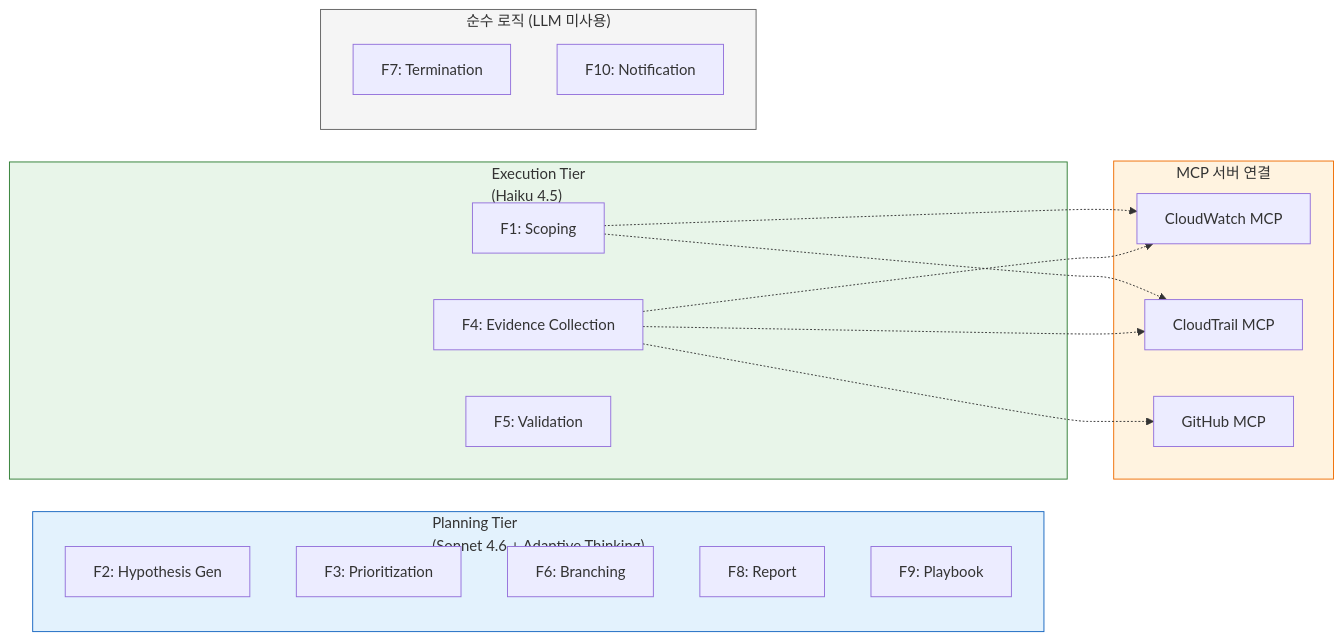
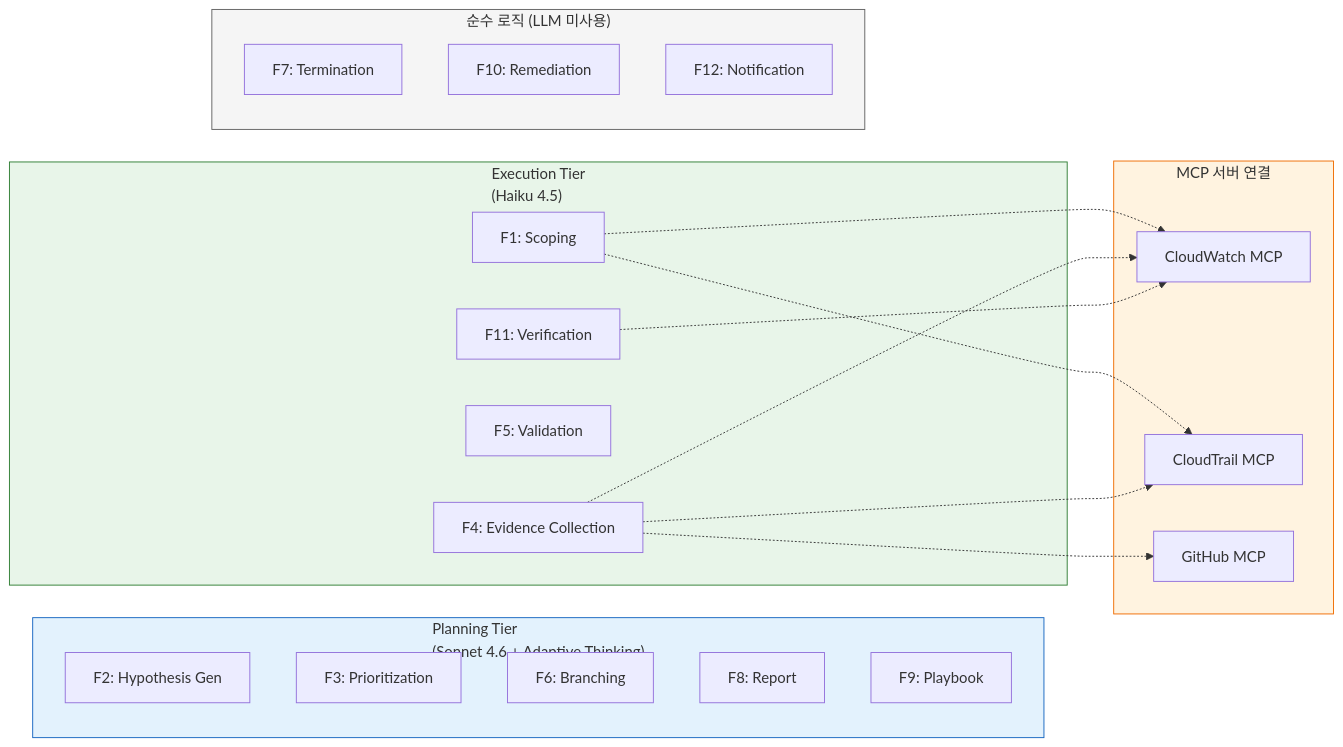
One commit to haandol/rca-agent changed the sixth of 7 diagrams in docs/architecture-and-demo-flow.md. Above: the diagram before and after it, drawn with Mermaid. The commit also changed other lines of this file and 10 other files, not shown here.

````diff
--- a/docs/architecture-and-demo-flow.md
+++ b/docs/architecture-and-demo-flow.md
@@ -405,38 +431,41 @@
 ```mermaid
 flowchart LR
     subgraph Planning["Planning Tier<br/>(Sonnet 4.6 + Adaptive Thinking)"]
         HYP["F2: Hypothesis Gen"]
         PRIO["F3: Prioritization"]
         BRANCH["F6: Branching"]
         REPORT["F8: Report"]
         PLAYBOOK["F9: Playbook"]
     end
 
     subgraph Execution["Execution Tier<br/>(Haiku 4.5)"]
         SCOPING["F1: Scoping"]
         EVIDENCE["F4: Evidence Collection"]
         VALIDATION["F5: Validation"]
+        VERIF["F11: Verification"]
     end
 
     subgraph NoLLM["순수 로직 (LLM 미사용)"]
         TERM["F7: Termination"]
-        NOTIF["F10: Notification"]
+        REMED["F10: Remediation"]
+        NOTIF["F12: Notification"]
     end
 
     subgraph MCP["MCP 서버 연결"]
         CW["CloudWatch MCP"]
         CT["CloudTrail MCP"]
         GH["GitHub MCP"]
     end
 
     SCOPING -.-> CW
     SCOPING -.-> CT
     EVIDENCE -.-> CW
     EVIDENCE -.-> CT
     EVIDENCE -.-> GH
+    VERIF -.-> CW
 
     style Planning fill:#e3f2fd,stroke:#1565c0
     style Execution fill:#e8f5e9,stroke:#2e7d32
     style NoLLM fill:#f5f5f5,stroke:#616161
     style MCP fill:#fff3e0,stroke:#ef6c00
 ```
````
